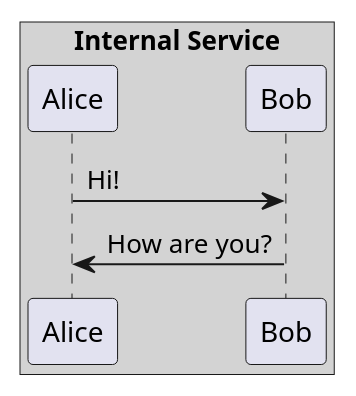
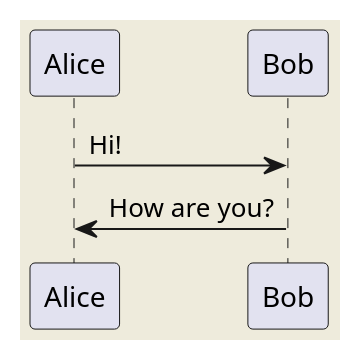
Before and after one commit to mark-nicol/test-public-docs: the diagram in docs/source/diagrams/test.puml, drawn with PlantUML.

Commit message:
adding a background colour instead

```diff
--- a/docs/source/diagrams/test.puml
+++ b/docs/source/diagrams/test.puml
@@ -2,6 +2,5 @@
    @startuml
-   box "Internal Service" #lightGray
+   skinparam backgroundColor #EEEBDC
    Alice -> Bob: Hi!
    Alice <- Bob: How are you?
-   end box
    @enduml
```
